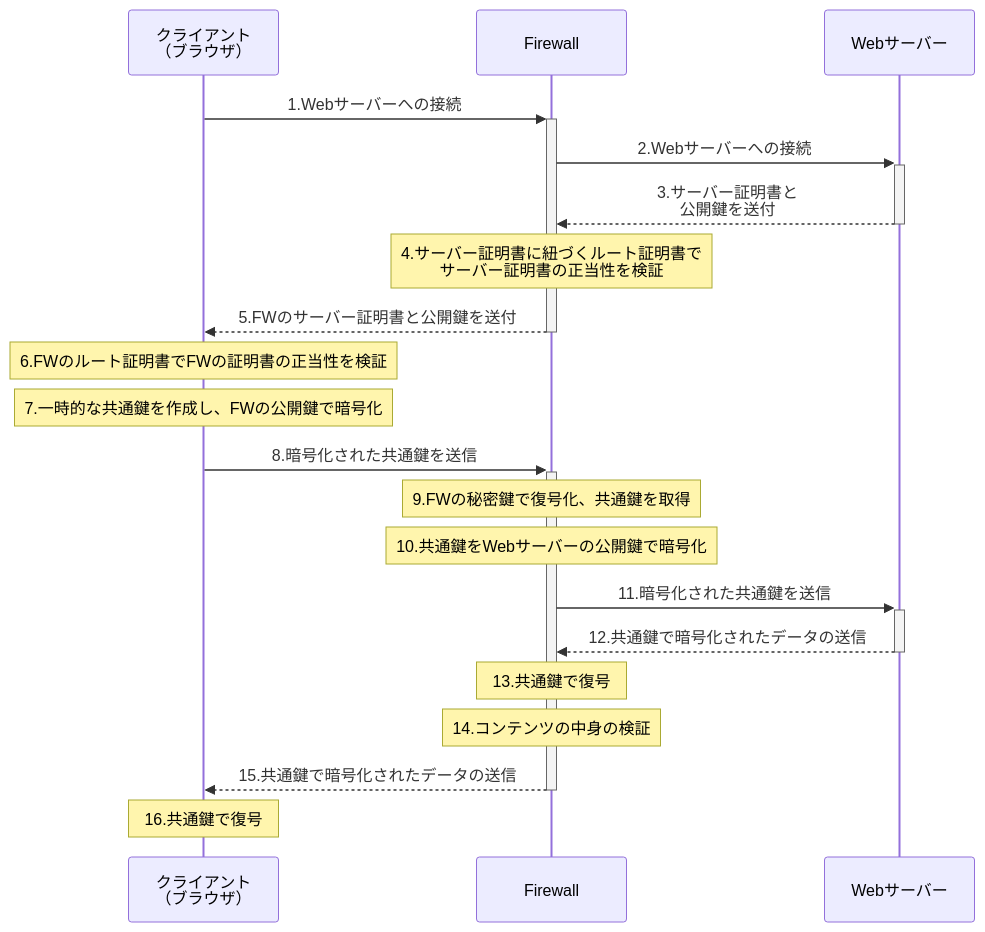
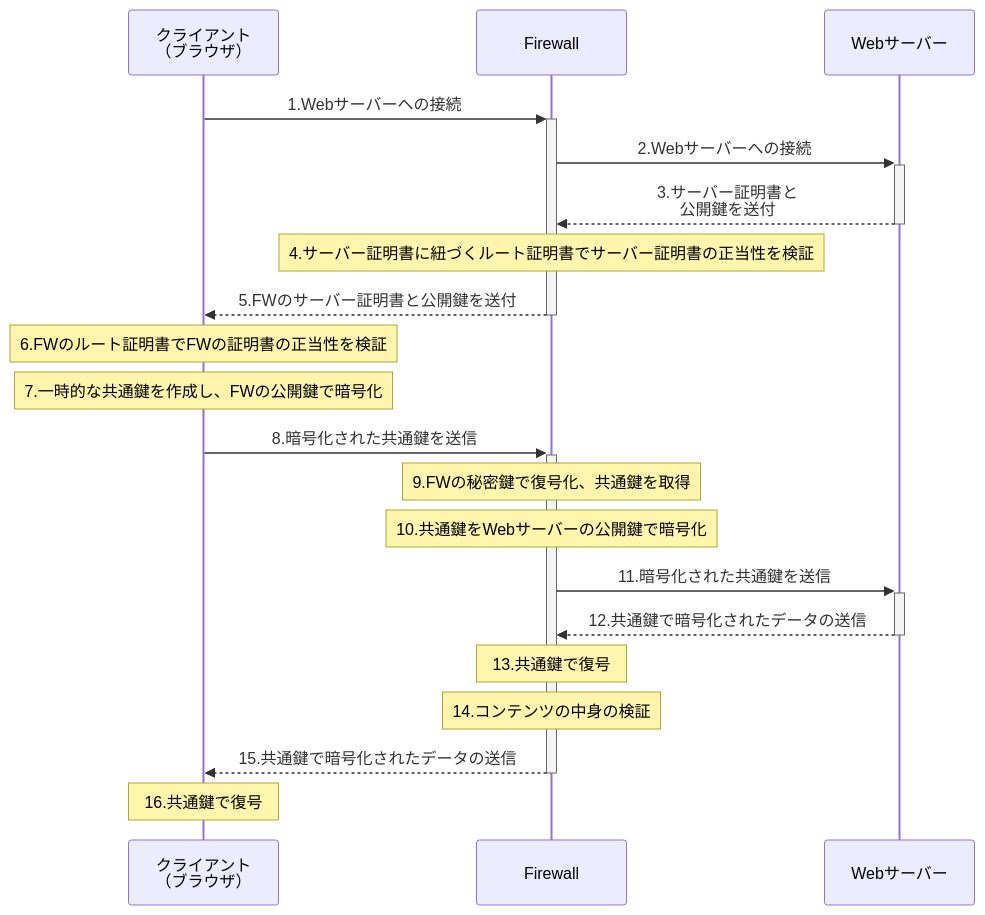
The second of 2 diagrams in source/_posts/ssl-inspection.md (yoshi0808/new-technology), drawn with Mermaid before and after one commit. The commit also changed other lines of this file and 3 other files, not shown here.

Commit message:
update mermaid

```diff
--- a/source/_posts/ssl-inspection.md
+++ b/source/_posts/ssl-inspection.md
@@ -44,24 +44,24 @@
 {% mermaid sequenceDiagram %}
 
       participant cl as クライアント<br>（ブラウザ）
       participant xg as Firewall
       participant sv as Webサーバー
 
       cl ->>+ xg : 1.Webサーバーへの接続
       xg ->>+ sv : 2.Webサーバーへの接続
       sv -->>- xg : 3.サーバー証明書と<br>公開鍵を送付
-      Note over xg: 4.サーバー証明書に紐づくルート証明書で<br>サーバー証明書の正当性を検証
+      Note over xg: 4.サーバー証明書に紐づくルート証明書でサーバー証明書の正当性を検証
       xg -->>- cl : 5.FWのサーバー証明書と公開鍵を送付
       Note over cl: 6.FWのルート証明書でFWの証明書の正当性を検証
       Note over cl: 7.一時的な共通鍵を作成し、FWの公開鍵で暗号化
       cl ->>+ xg : 8.暗号化された共通鍵を送信
       Note over xg: 9.FWの秘密鍵で復号化、共通鍵を取得
       Note over xg : 10.共通鍵をWebサーバーの公開鍵で暗号化
       xg ->>+ sv : 11.暗号化された共通鍵を送信
       sv -->>- xg : 12.共通鍵で暗号化されたデータの送信
       Note over xg: 13.共通鍵で復号
       Note over xg: 14.コンテンツの中身の検証
       xg -->>- cl : 15.共通鍵で暗号化されたデータの送信
       Note over cl: 16.共通鍵で復号
 
 {% endmermaid %}
```
